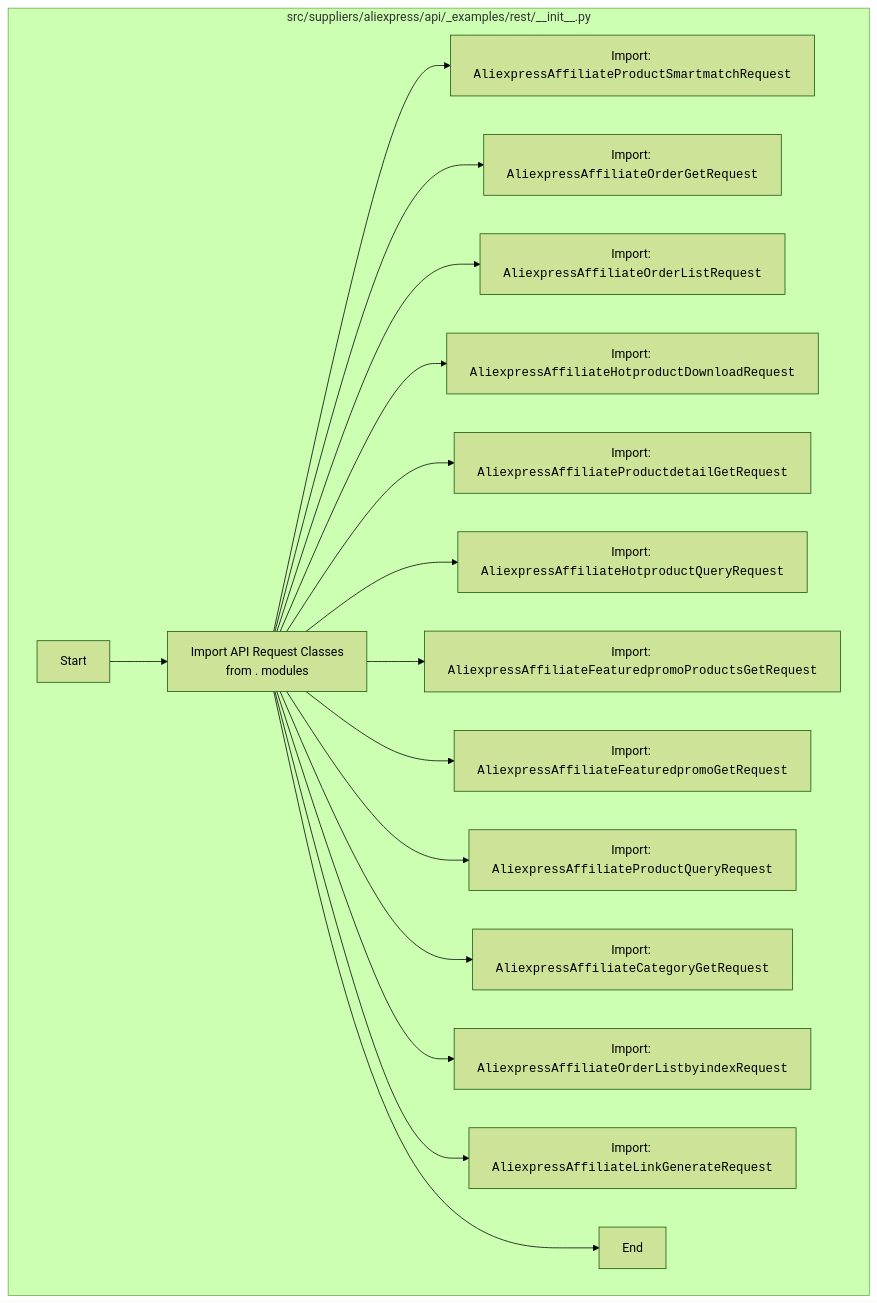
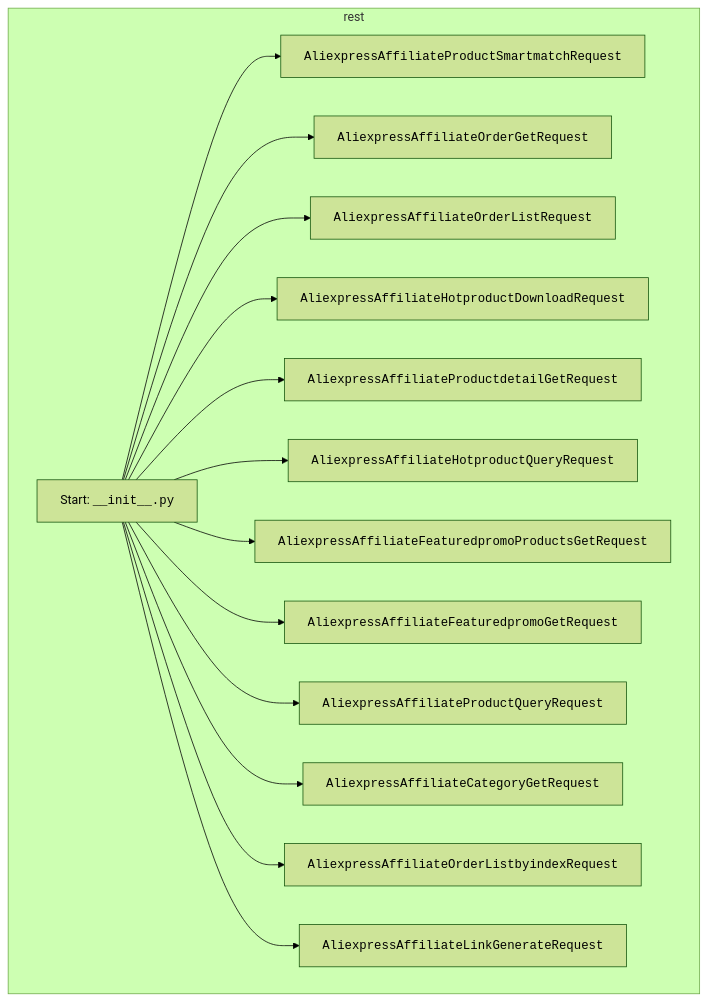
Before and after one commit to hypo69/hypo: the diagram in docs/gemini/ru/explainer/src/suppliers/aliexpress/api/_examples/rest/__init__.py.md, drawn with Mermaid (forest theme). The commit also changed other lines of this file and 1505 other files, not shown here.

````diff
--- a/docs/gemini/ru/explainer/src/suppliers/aliexpress/api/_examples/rest/__init__.py.md
+++ b/docs/gemini/ru/explainer/src/suppliers/aliexpress/api/_examples/rest/__init__.py.md
@@ -29,22 +24,44 @@
 ```mermaid
 flowchart TD
-    subgraph "src/suppliers/aliexpress/api/_examples/rest/__init__.py"
-        Start --> Import_Requests[Import API Request Classes <br/> from . modules]
+    subgraph rest
+    Start[Start: <code>__init__.py</code>]
+    
+        A[<code>AliexpressAffiliateProductSmartmatchRequest</code>]
+    
+        B[<code>AliexpressAffiliateOrderGetRequest</code>]
+    
+        C[<code>AliexpressAffiliateOrderListRequest</code>]
+    
+        D[<code>AliexpressAffiliateHotproductDownloadRequest</code>]
+    
+        E[<code>AliexpressAffiliateProductdetailGetRequest</code>]
+    
+        F[<code>AliexpressAffiliateHotproductQueryRequest</code>]
+    
+        G[<code>AliexpressAffiliateFeaturedpromoProductsGetRequest</code>]
+    
+        H[<code>AliexpressAffiliateFeaturedpromoGetRequest</code>]
+    
+        I[<code>AliexpressAffiliateProductQueryRequest</code>]
+    
+        J[<code>AliexpressAffiliateCategoryGetRequest</code>]
+   
+        K[<code>AliexpressAffiliateOrderListbyindexRequest</code>]
+    
+        L[<code>AliexpressAffiliateLinkGenerateRequest</code>]
+       
+        Start --> A
+        Start --> B
+        Start --> C
+        Start --> D
+        Start --> E
+        Start --> F
+        Start --> G
+        Start --> H
+        Start --> I
+        Start --> J
+        Start --> K
+        Start --> L
+     end
         
-        Import_Requests --> AliexpressAffiliateProductSmartmatchRequest_Imported[Import: <code>AliexpressAffiliateProductSmartmatchRequest</code>]
-        Import_Requests --> AliexpressAffiliateOrderGetRequest_Imported[Import: <code>AliexpressAffiliateOrderGetRequest</code>]
-        Import_Requests --> AliexpressAffiliateOrderListRequest_Imported[Import: <code>AliexpressAffiliateOrderListRequest</code>]
-        Import_Requests --> AliexpressAffiliateHotproductDownloadRequest_Imported[Import: <code>AliexpressAffiliateHotproductDownloadRequest</code>]
-        Import_Requests --> AliexpressAffiliateProductdetailGetRequest_Imported[Import: <code>AliexpressAffiliateProductdetailGetRequest</code>]
-        Import_Requests --> AliexpressAffiliateHotproductQueryRequest_Imported[Import: <code>AliexpressAffiliateHotproductQueryRequest</code>]
-        Import_Requests --> AliexpressAffiliateFeaturedpromoProductsGetRequest_Imported[Import: <code>AliexpressAffiliateFeaturedpromoProductsGetRequest</code>]
-        Import_Requests --> AliexpressAffiliateFeaturedpromoGetRequest_Imported[Import: <code>AliexpressAffiliateFeaturedpromoGetRequest</code>]
-        Import_Requests --> AliexpressAffiliateProductQueryRequest_Imported[Import: <code>AliexpressAffiliateProductQueryRequest</code>]
-         Import_Requests --> AliexpressAffiliateCategoryGetRequest_Imported[Import: <code>AliexpressAffiliateCategoryGetRequest</code>]
-        Import_Requests --> AliexpressAffiliateOrderListbyindexRequest_Imported[Import: <code>AliexpressAffiliateOrderListbyindexRequest</code>]
-        Import_Requests --> AliexpressAffiliateLinkGenerateRequest_Imported[Import: <code>AliexpressAffiliateLinkGenerateRequest</code>]
-       
-        Import_Requests --> End
-    end
-
 ```
````
